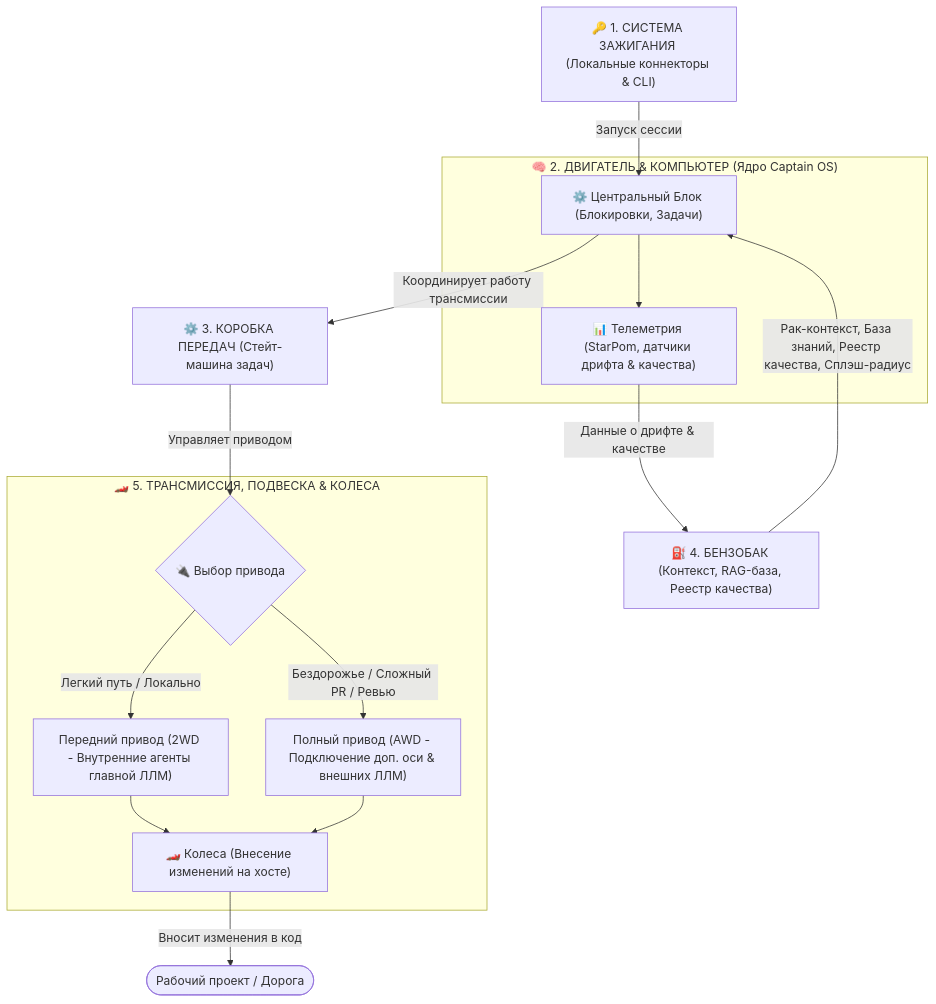
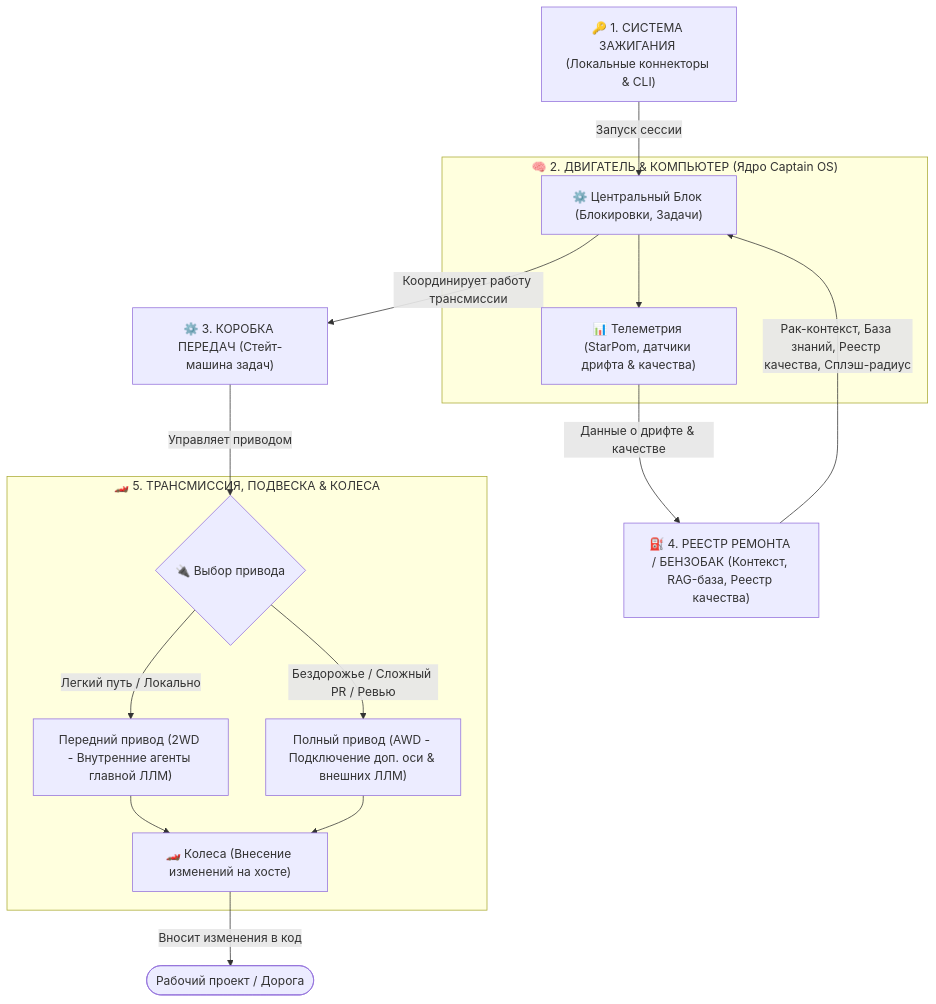
Before and after one commit to anton-remide/captain-os: the first of 6 diagrams in README.md, drawn with Mermaid. The commit also changed other lines of this file, not shown here.

Commit message:
docs: restructure README to focus on core technical architecture, closed-loop pipeline, and detailed quality gates workflow

````diff
--- a/README.md
+++ b/README.md
@@ -12,38 +16,38 @@
 ```mermaid
 graph TD
     Ignition["🔑 1. СИСТЕМА ЗАЖИГАНИЯ (Локальные коннекторы & CLI)"]
     
     subgraph EngineBlock["🧠 2. ДВИГАТЕЛЬ & КОМПЬЮТЕР (Ядро Captain OS)"]
         Engine["⚙️ Центральный Блок (Блокировки, Задачи)"]
         Telemetry["📊 Телеметрия (StarPom, датчики дрифта & качества)"]
         Engine --> Telemetry
     end
     
     Gearbox["⚙️ 3. КОРОБКА ПЕРЕДАЧ (Стейт-машина задач)"]
-    Tank["⛽ 4. БЕНЗОБАК (Контекст, RAG-база, Реестр качества)"]
+    Tank["⛽ 4. РЕЕСТР РЕМОНТА / БЕНЗОБАК (Контекст, RAG-база, Реестр качества)"]
     
     subgraph DriveTrain["🏎️ 5. ТРАНСМИССИЯ, ПОДВЕСКА & КОЛЕСА"]
         DriveMode{"🔌 Выбор привода"}
         2WD["Передний привод (2WD - Внутренние агенты главной ЛЛМ)"]
         AWD["Полный привод (AWD - Подключение доп. оси & внешних ЛЛМ)"]
         Wheels["🏎️ Колеса (Внесение изменений на хосте)"]
         
-        DriveMode -->|Легкий путь / Локально| 2WD
-        DriveMode -->|Бездорожье / Сложный PR / Ревью| AWD
+        DriveMode -->|"Легкий путь / Локально"| 2WD
+        DriveMode -->|"Бездорожье / Сложный PR / Ревью"| AWD
         2WD --> Wheels
         AWD --> Wheels
     end
 
     Ignition -->|Запуск сессии| Engine
     
     %% Потоки из бензобака в двигатель (топливо, параметры и реестр)
     Tank -->|Рак-контекст, База знаний, Реестр качества, Сплэш-радиус| Engine
     
     %% Сигналы телеметрии обратно к приборам
     Telemetry -->|Данные о дрифте & качестве| Tank
     
     %% Передача усилия на коробку и далее колеса
     Engine -->|Координирует работу трансмиссии| Gearbox
     Gearbox -->|Управляет приводом| DriveMode
     Wheels -->|Вносит изменения в код| Road(["Рабочий проект / Дорога"])
 ```
````
